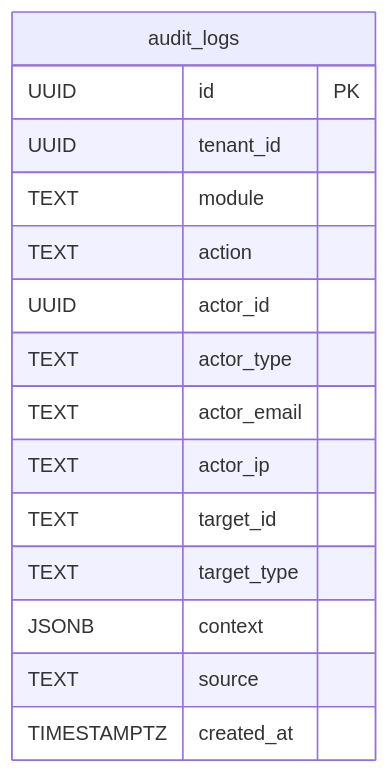
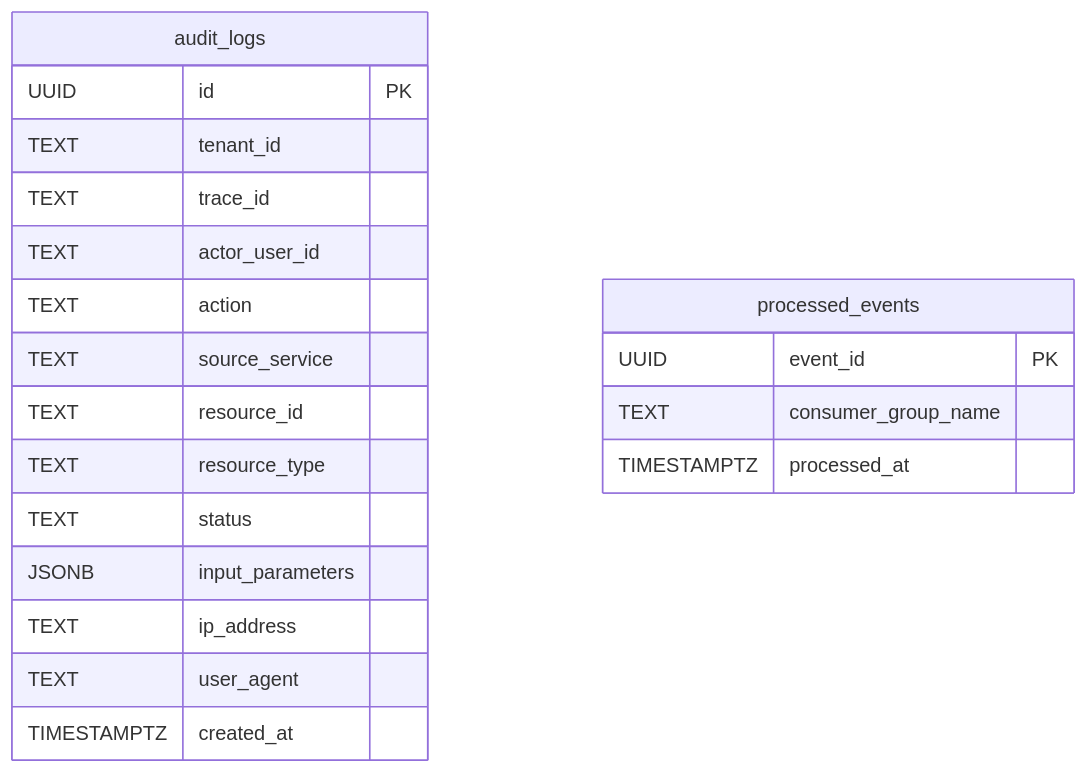
One commit to ezdesign-vn/dx-vas changed the diagram in docs/services/audit-logging-service/data-model.md. Above: the diagram before and after it, drawn with Mermaid. The commit also changed other lines of this file and 4 other files, not shown here.

````diff
--- a/docs/services/audit-logging-service/data-model.md
+++ b/docs/services/audit-logging-service/data-model.md
@@ -56,18 +58,24 @@
 ```mermaid
 erDiagram
   audit_logs {
     UUID id PK
-    UUID tenant_id
-    TEXT module
+    TEXT tenant_id
+    TEXT trace_id
+    TEXT actor_user_id
     TEXT action
-    UUID actor_id
-    TEXT actor_type
-    TEXT actor_email
-    TEXT actor_ip
-    TEXT target_id
-    TEXT target_type
-    JSONB context
-    TEXT source
+    TEXT source_service
+    TEXT resource_id
+    TEXT resource_type
+    TEXT status
+    JSONB input_parameters
+    TEXT ip_address
+    TEXT user_agent
     TIMESTAMPTZ created_at
   }
+
+  processed_events {
+    UUID event_id PK
+    TEXT consumer_group_name
+    TIMESTAMPTZ processed_at
+  }
 ```
````
